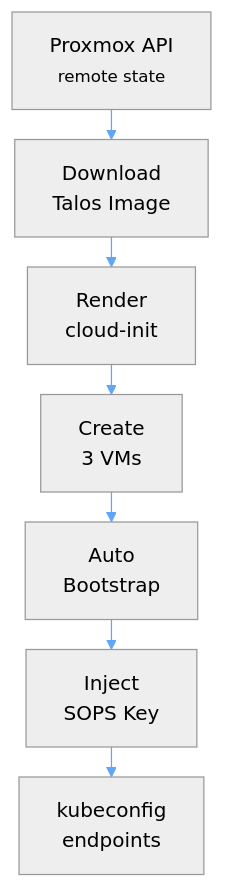
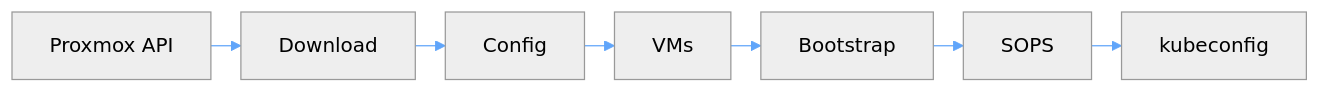
Before and after one commit to syscode-labs/oci-free-tier-manager: diagram 13 of 18 in docs/ARCHITECTURE-DIAGRAMS.md, drawn with Mermaid. The commit also changed other lines of this file, not shown here.

First line of the commit message:
refactor: simplify diagrams - condense nodes and use horizontal layout

````diff
--- a/docs/ARCHITECTURE-DIAGRAMS.md
+++ b/docs/ARCHITECTURE-DIAGRAMS.md
@@ -415,10 +365,5 @@
 ```mermaid
 %%{init: {'theme':'neutral', 'themeVariables': { 'lineColor': '#60a5fa', 'arrowheadColor': '#60a5fa' }, 'flowchart': { 'useMaxWidth': true, 'diagramPadding': 8, 'nodeSpacing': 16, 'rankSpacing': 24 } }}%%
-flowchart TB
-    Inputs["Proxmox API<br/><small>remote state</small>"] --> Image["Download<br/>Talos Image"]
-    Image --> CloudInit["Render<br/>cloud-init"]
-    CloudInit --> VMs["Create<br/>3 VMs"]
-    VMs --> Bootstrap["Auto<br/>Bootstrap"]
-    Bootstrap --> Secret["Inject<br/>SOPS Key"]
-    Secret --> Outputs["kubeconfig<br/>endpoints"]
+flowchart LR
+    Inputs["Proxmox API"] --> Image["Download"] --> Config["Config"] --> VMs["VMs"] --> Bootstrap["Bootstrap"] --> SOPS["SOPS"] --> Outputs["kubeconfig"]
 ```
````
